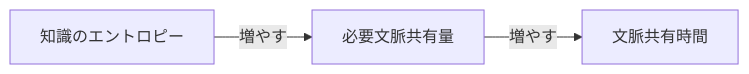
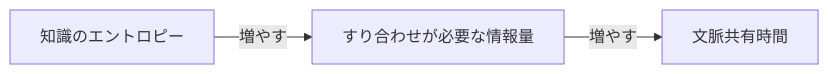
The first of 10 diagrams in apps/kosui-me/src/content/posts/2026-04-29-knowledge-entropy-and-normative-layer.mdx (iwasa-kosui/monorepo), drawn with Mermaid before and after one commit. The commit also changed other lines of this file, not shown here.

````diff
--- a/apps/kosui-me/src/content/posts/2026-04-29-knowledge-entropy-and-normative-layer.mdx
+++ b/apps/kosui-me/src/content/posts/2026-04-29-knowledge-entropy-and-normative-layer.mdx
@@ -28,8 +28,8 @@
 ```mermaid
 flowchart LR
     A1["知識のエントロピー"]
-    B["必要文脈共有量"]
+    B["すり合わせが必要な情報量"]
     C["文脈共有時間"]
     A1 -->|増やす| B
     B -->|増やす| C
 ```
````
